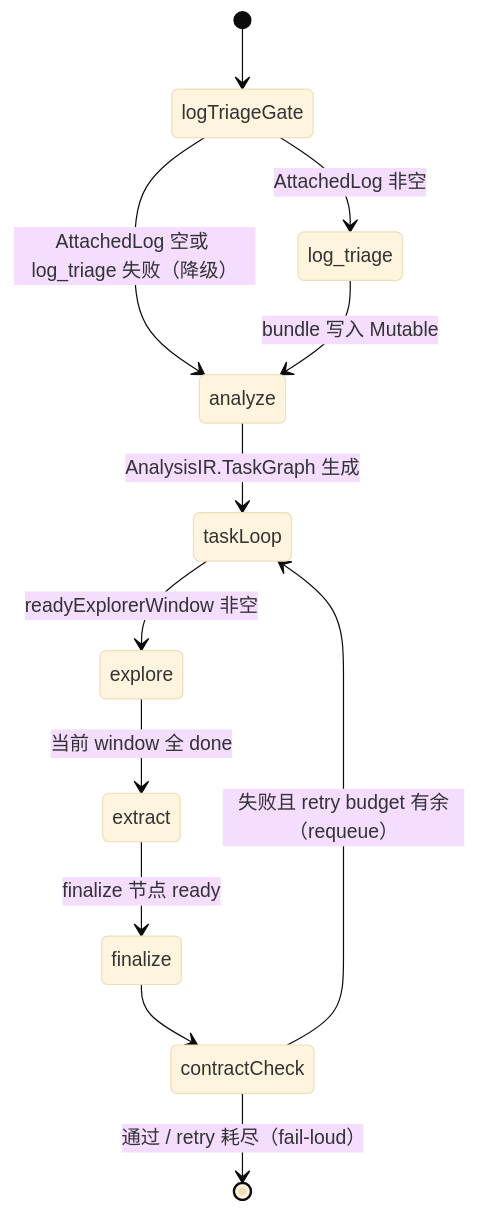
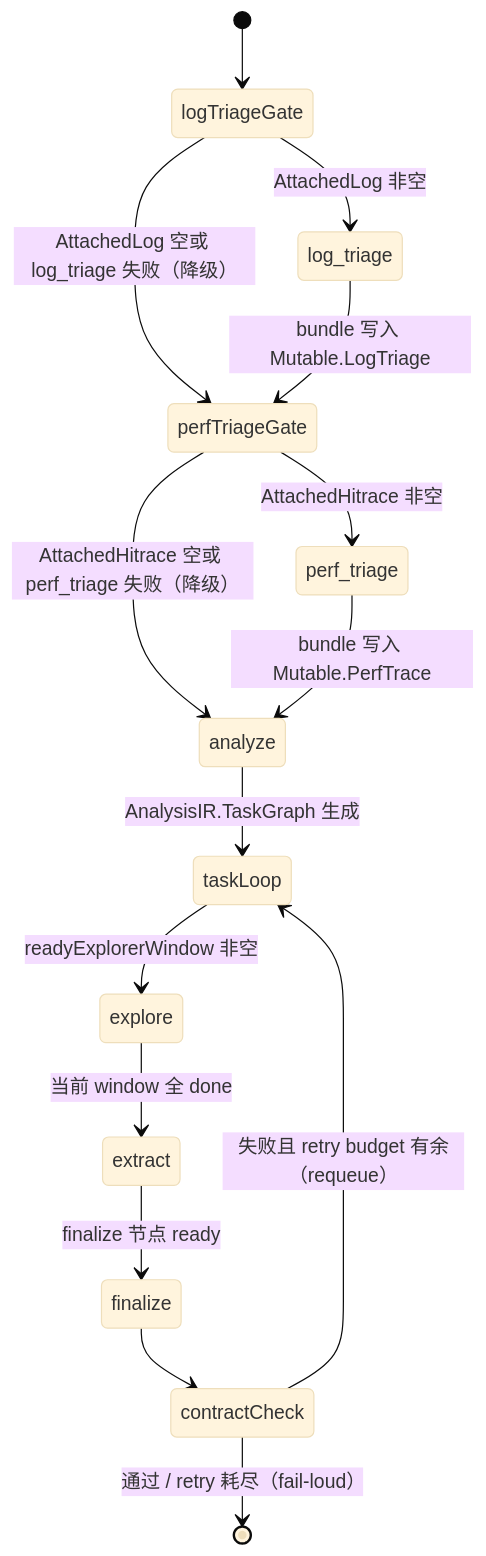
The second of 6 diagrams in docs/architecture.md (hanchaoqun/codrax), drawn with Mermaid (base theme) before and after one commit. The commit also changed other lines of this file and 2 other files, not shown here.

````diff
--- a/docs/architecture.md
+++ b/docs/architecture.md
@@ -190,14 +197,17 @@
 ```mermaid
 stateDiagram-v2
     [*] --> logTriageGate
     logTriageGate --> log_triage : AttachedLog 非空
-    logTriageGate --> analyze : AttachedLog 空或 log_triage 失败（降级）
-    log_triage --> analyze : bundle 写入 Mutable
+    logTriageGate --> perfTriageGate : AttachedLog 空或 log_triage 失败（降级）
+    log_triage --> perfTriageGate : bundle 写入 Mutable.LogTriage
+    perfTriageGate --> perf_triage : AttachedHitrace 非空
+    perfTriageGate --> analyze : AttachedHitrace 空或 perf_triage 失败（降级）
+    perf_triage --> analyze : bundle 写入 Mutable.PerfTrace
     analyze --> taskLoop : AnalysisIR.TaskGraph 生成
     taskLoop --> explore : readyExplorerWindow 非空
     explore --> extract : 当前 window 全 done
     extract --> finalize : finalize 节点 ready
     finalize --> contractCheck
     contractCheck --> taskLoop : 失败且 retry budget 有余（requeue）
     contractCheck --> [*] : 通过 / retry 耗尽（fail-loud）
 ```
````
